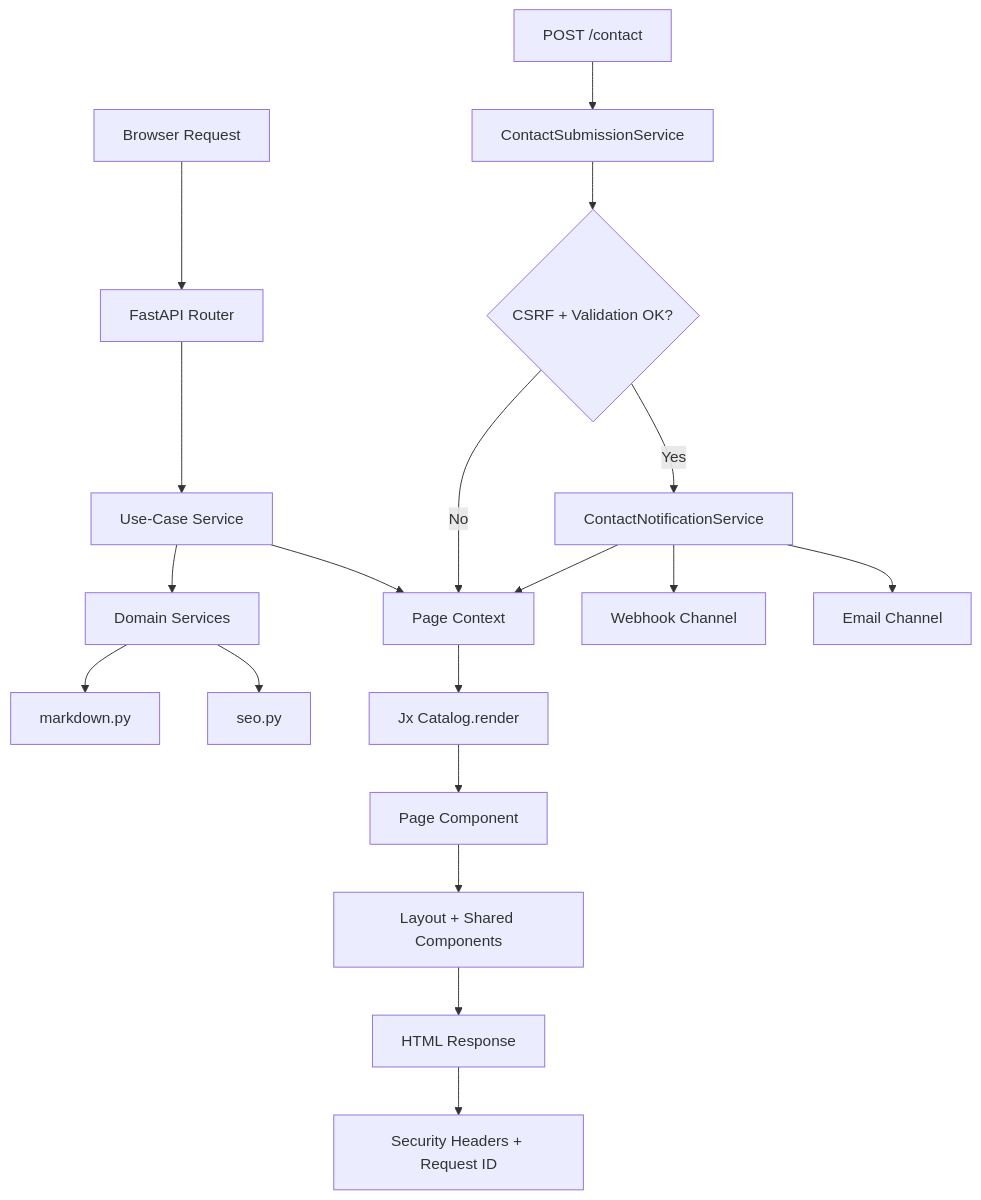
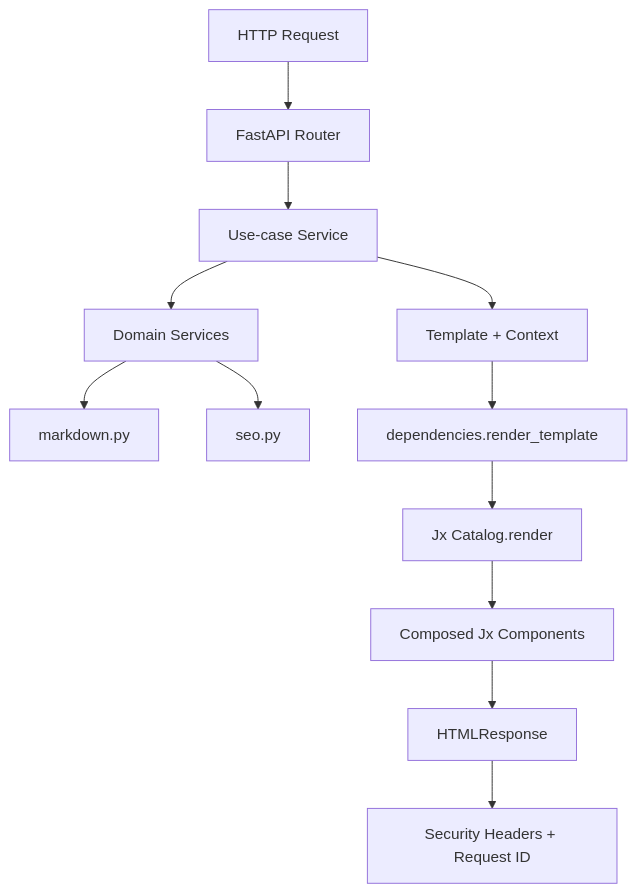
One commit to oornnery/portfolio changed the first of 2 diagrams in README.md. Above: the diagram before and after it, drawn with Mermaid. The commit also changed other lines of this file, not shown here.

Commit message:
docs: rewrite README with full backend and frontend architecture

````diff
--- a/README.md
+++ b/README.md
@@ -156,22 +54,14 @@
 ```mermaid
 flowchart TD
-    A[Browser Request] --> B[FastAPI Router]
-    B --> C[Use-Case Service]
+    A[HTTP Request] --> B[FastAPI Router]
+    B --> C[Use-case Service]
     C --> D[Domain Services]
     D --> D1[markdown.py]
     D --> D2[seo.py]
-    C --> E[Page Context]
-    E --> F[Jx Catalog.render]
-    F --> G[Page Component]
-    G --> H[Layout + Shared Components]
-    H --> I[HTML Response]
+    C --> E[Template + Context]
+    E --> F[dependencies.render_template]
+    F --> G[Jx Catalog.render]
+    G --> H[Composed Jx Components]
+    H --> I[HTMLResponse]
     I --> J[Security Headers + Request ID]
-
-    K[POST /contact] --> L[ContactSubmissionService]
-    L --> M{CSRF + Validation OK?}
-    M -->|No| E
-    M -->|Yes| N[ContactNotificationService]
-    N --> N1[Webhook Channel]
-    N --> N2[Email Channel]
-    N --> E
 ```
````
